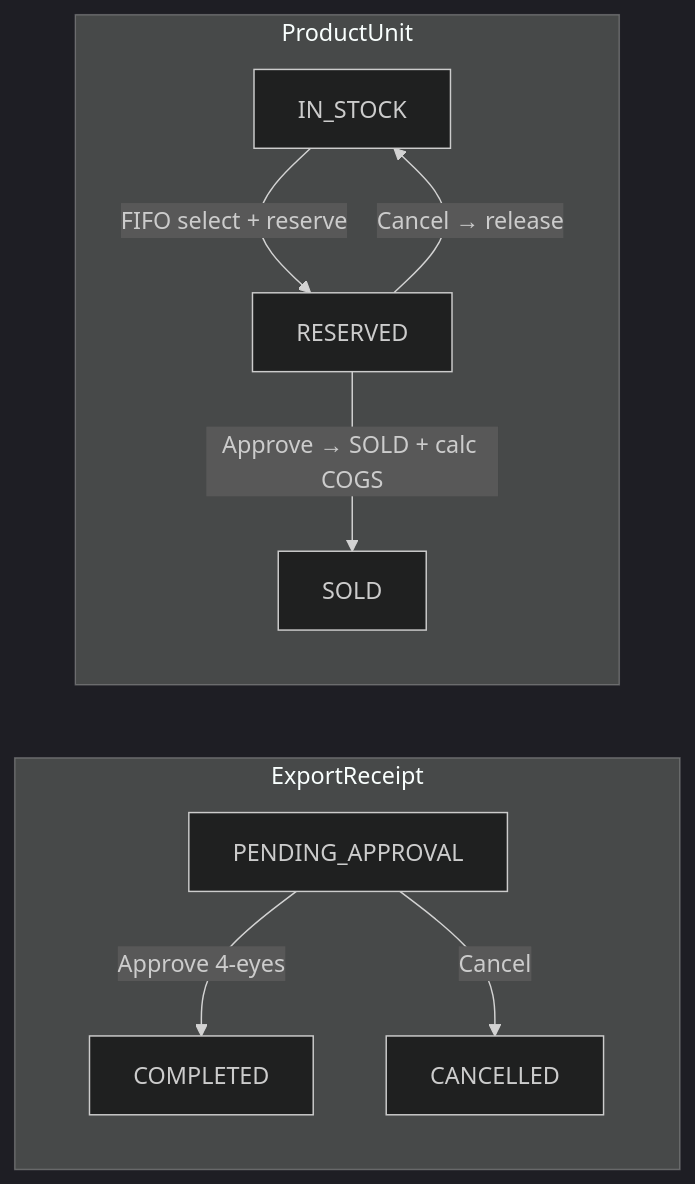
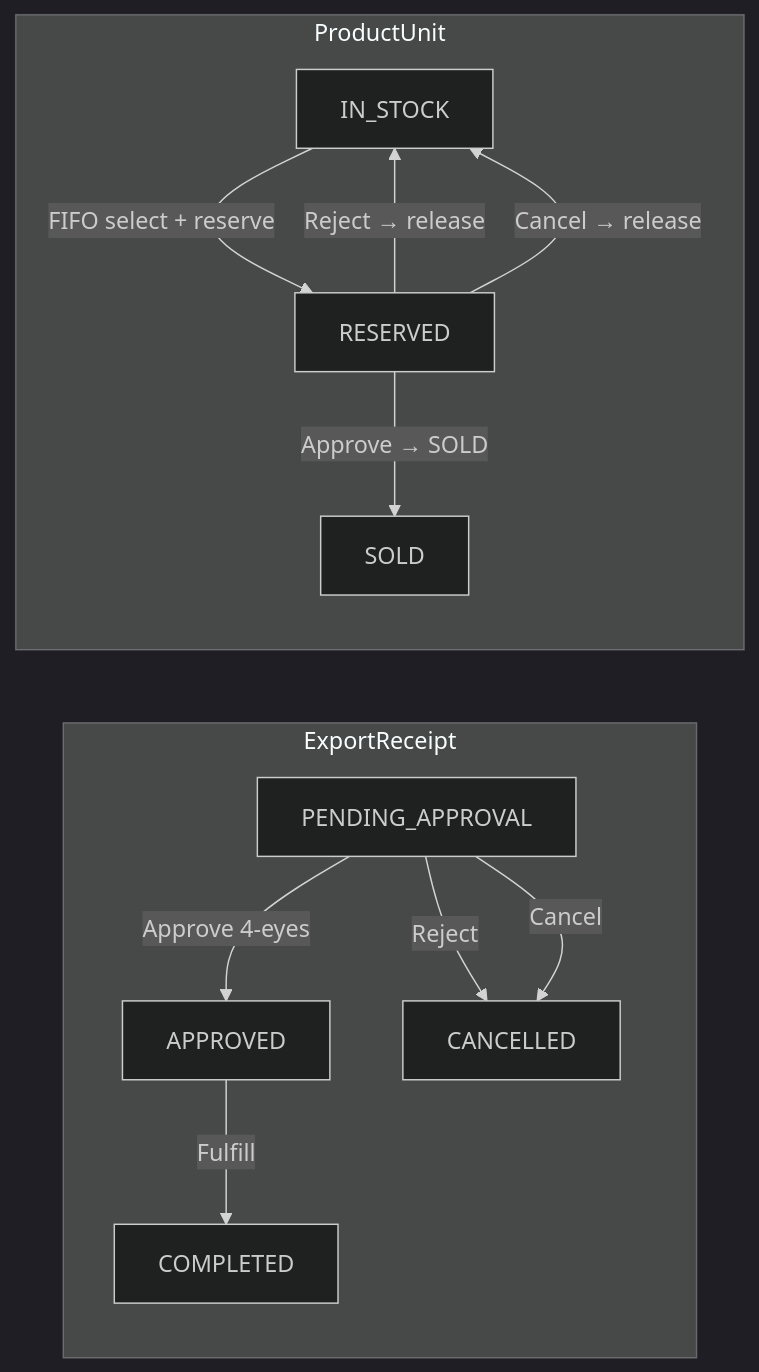
The first of 3 diagrams in docs/flows/export-flow.md (Java-Inventory-Management-System/Projects), drawn with Mermaid (dark theme) before and after one commit. The commit also changed other lines of this file and 19 other files, not shown here.

First line of the commit message:
docs: remove warranty module, add export reject/fulfill/getUnits flow

````diff
--- a/docs/flows/export-flow.md
+++ b/docs/flows/export-flow.md
@@ -25,12 +31,15 @@
 ```mermaid
 flowchart LR
     subgraph "ExportReceipt"
-        PA[PENDING_APPROVAL] -->|Approve 4-eyes| COMPLETED
+        PA[PENDING_APPROVAL] -->|Approve 4-eyes| APPROVED
+        APPROVED -->|Fulfill| COMPLETED
+        PA -->|Reject| CANCELLED
         PA -->|Cancel| CANCELLED
     end
     subgraph "ProductUnit"
         IN_STOCK -->|FIFO select + reserve| RESERVED
-        RESERVED -->|Approve → SOLD + calc COGS| SOLD
+        RESERVED -->|Approve → SOLD| SOLD
+        RESERVED -->|Reject → release| IN_STOCK
         RESERVED -->|Cancel → release| IN_STOCK
     end
 ```
````
